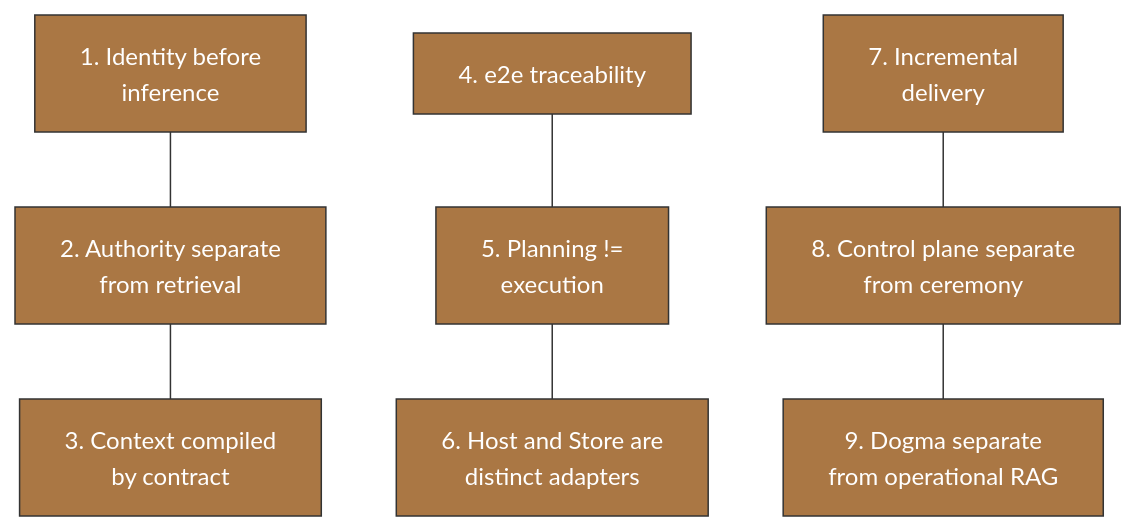
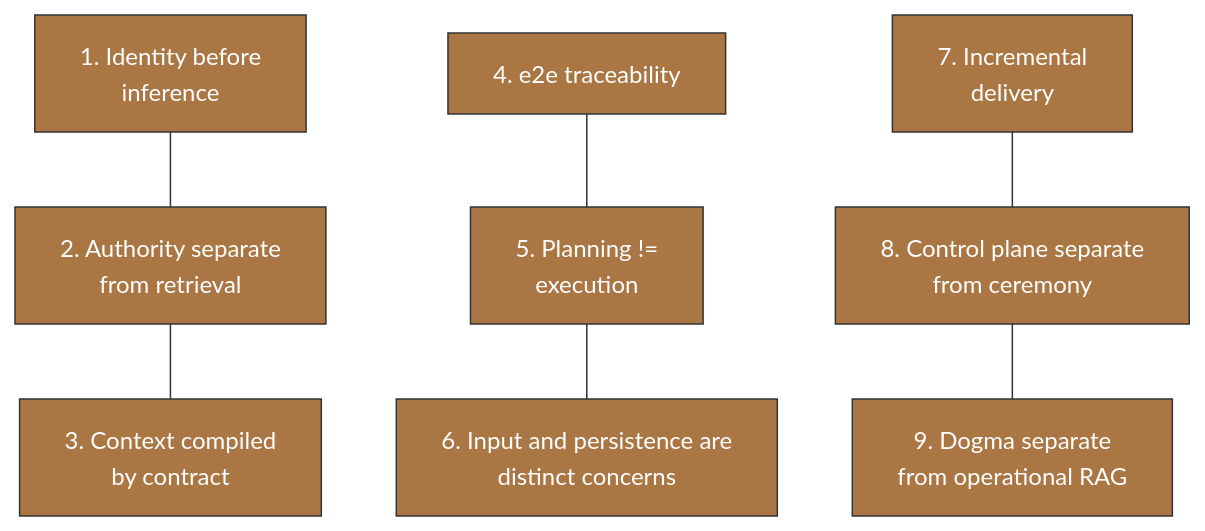
One commit to virgenherrera/virgil changed the second of 3 diagrams in docs/reference/principia/sections/07-governance-architecture.md. Above: the diagram before and after it, drawn with Mermaid. The commit also changed 31 other files, not shown here.

````diff
--- a/docs/reference/principia/sections/07-governance-architecture.md
+++ b/docs/reference/principia/sections/07-governance-architecture.md
@@ -70,26 +70,26 @@
 ```mermaid
 flowchart TD
     A1["1. Identity before\ninference"]
     A2["2. Authority separate\nfrom retrieval"]
     A3["3. Context compiled\nby contract"]
     A4["4. e2e traceability"]
     A5["5. Planning !=\nexecution"]
-    A6["6. Host and Store are\ndistinct adapters"]
+    A6["6. Input and persistence are\ndistinct concerns"]
     A7["7. Incremental\ndelivery"]
     A8["8. Control plane separate\nfrom ceremony"]
     A9["9. Dogma separate\nfrom operational RAG"]
 
     A1 --- A2 --- A3
     A4 --- A5 --- A6
     A7 --- A8 --- A9
 
     style A1 fill:#a74,stroke:#333,color:#fff
     style A2 fill:#a74,stroke:#333,color:#fff
     style A3 fill:#a74,stroke:#333,color:#fff
     style A4 fill:#a74,stroke:#333,color:#fff
     style A5 fill:#a74,stroke:#333,color:#fff
     style A6 fill:#a74,stroke:#333,color:#fff
     style A7 fill:#a74,stroke:#333,color:#fff
     style A8 fill:#a74,stroke:#333,color:#fff
     style A9 fill:#a74,stroke:#333,color:#fff
 ```
````
